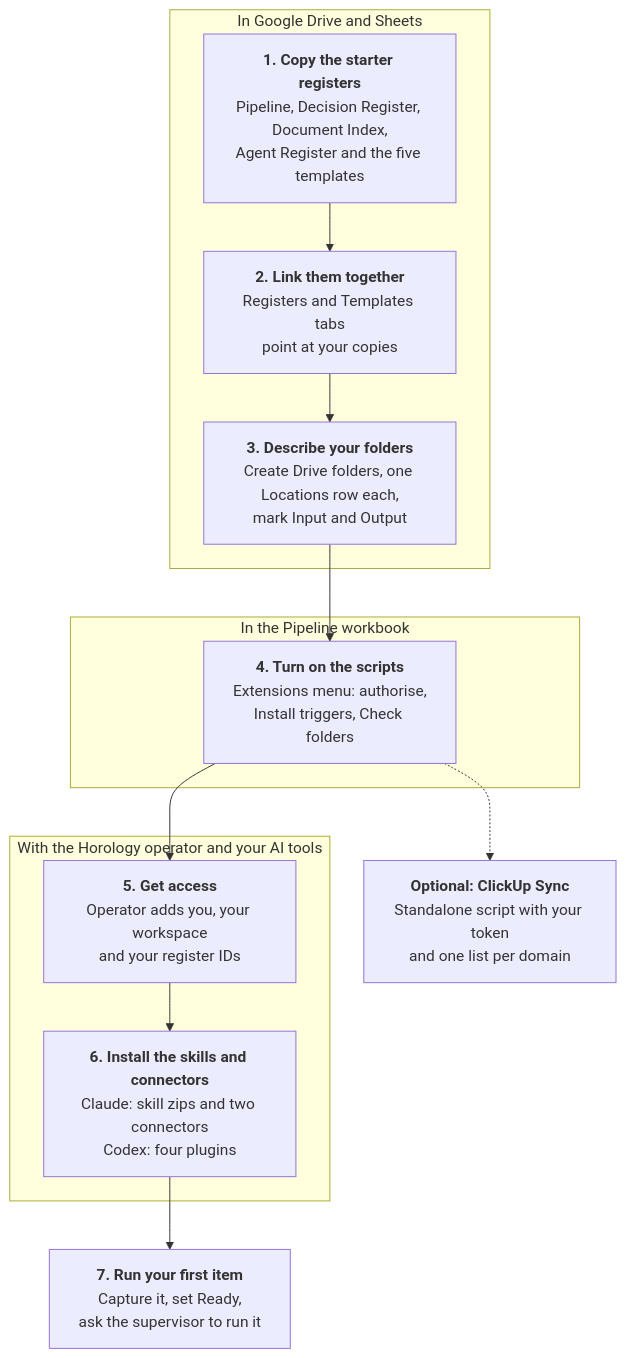
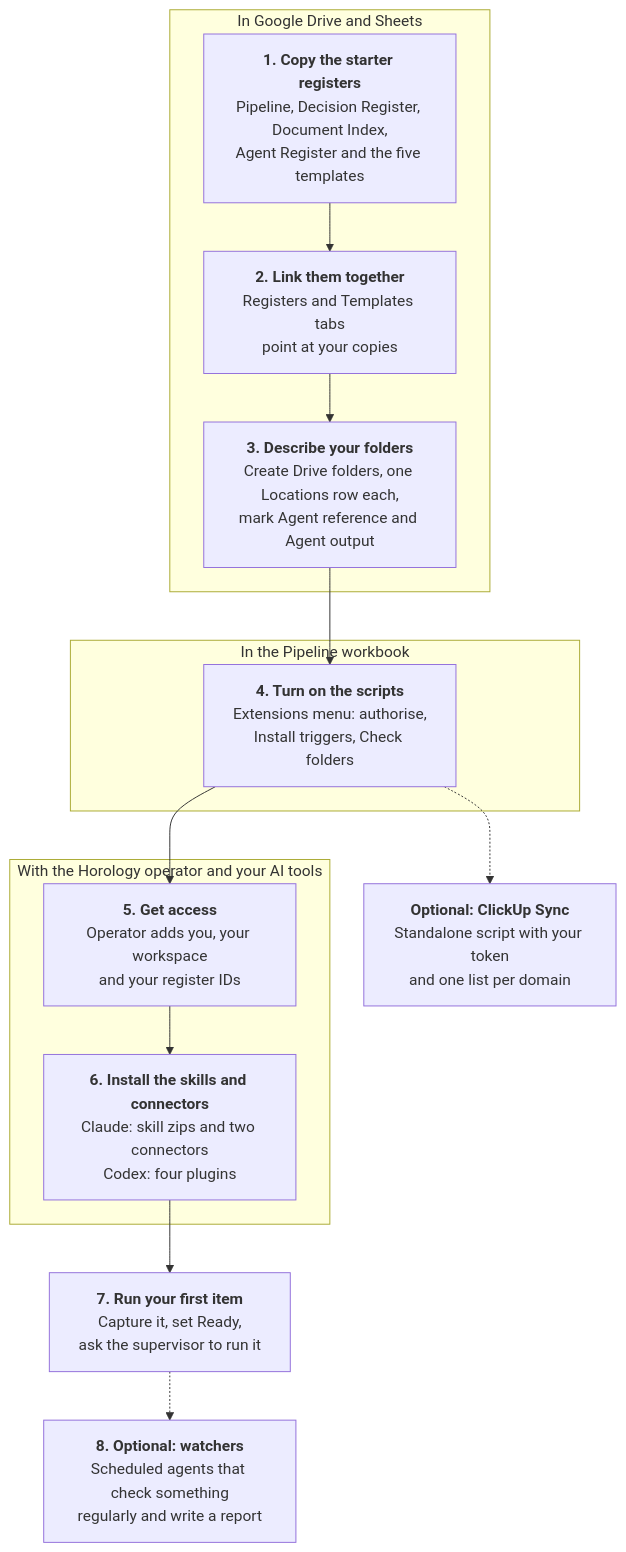
One commit to Welladino/Horology changed the first of 3 diagrams in docs/runbook/setup/setup.md. Above: the diagram before and after it, drawn with Mermaid. The commit also changed other lines of this file and 7 other files, not shown here.

````diff
--- a/docs/runbook/setup/setup.md
+++ b/docs/runbook/setup/setup.md
@@ -5,19 +5,21 @@
 ```mermaid
 flowchart TB
   subgraph g1["In Google Drive and Sheets"]
     s1["<b>1. Copy the starter registers</b><br/>Pipeline, Decision Register, Document Index,<br/>Agent Register and the five templates"]
     s2["<b>2. Link them together</b><br/>Registers and Templates tabs<br/>point at your copies"]
-    s3["<b>3. Describe your folders</b><br/>Create Drive folders, one Locations row each,<br/>mark Input and Output"]
+    s3["<b>3. Describe your folders</b><br/>Create Drive folders, one Locations row each,<br/>mark Agent reference and Agent output"]
   end
   subgraph g2["In the Pipeline workbook"]
     s4["<b>4. Turn on the scripts</b><br/>Extensions menu: authorise,<br/>Install triggers, Check folders"]
   end
   subgraph g3["With the Horology operator and your AI tools"]
     s5["<b>5. Get access</b><br/>Operator adds you, your workspace<br/>and your register IDs"]
     s6["<b>6. Install the skills and connectors</b><br/>Claude: skill zips and two connectors<br/>Codex: four plugins"]
   end
   s7["<b>7. Run your first item</b><br/>Capture it, set Ready,<br/>ask the supervisor to run it"]
   s8["<b>Optional: ClickUp Sync</b><br/>Standalone script with your token<br/>and one list per domain"]
+  s9["<b>8. Optional: watchers</b><br/>Scheduled agents that check something<br/>regularly and write a report"]
   s1 --> s2 --> s3 --> s4 --> s5 --> s6 --> s7
   s4 -.-> s8
+  s7 -.-> s9
 ```
````
